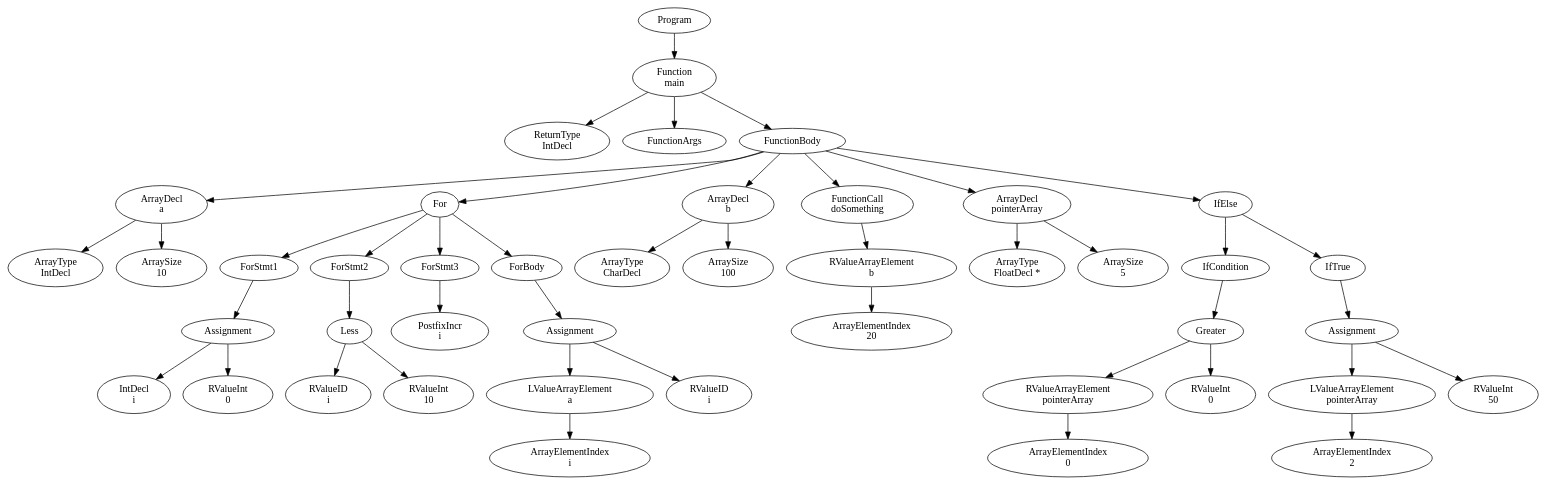
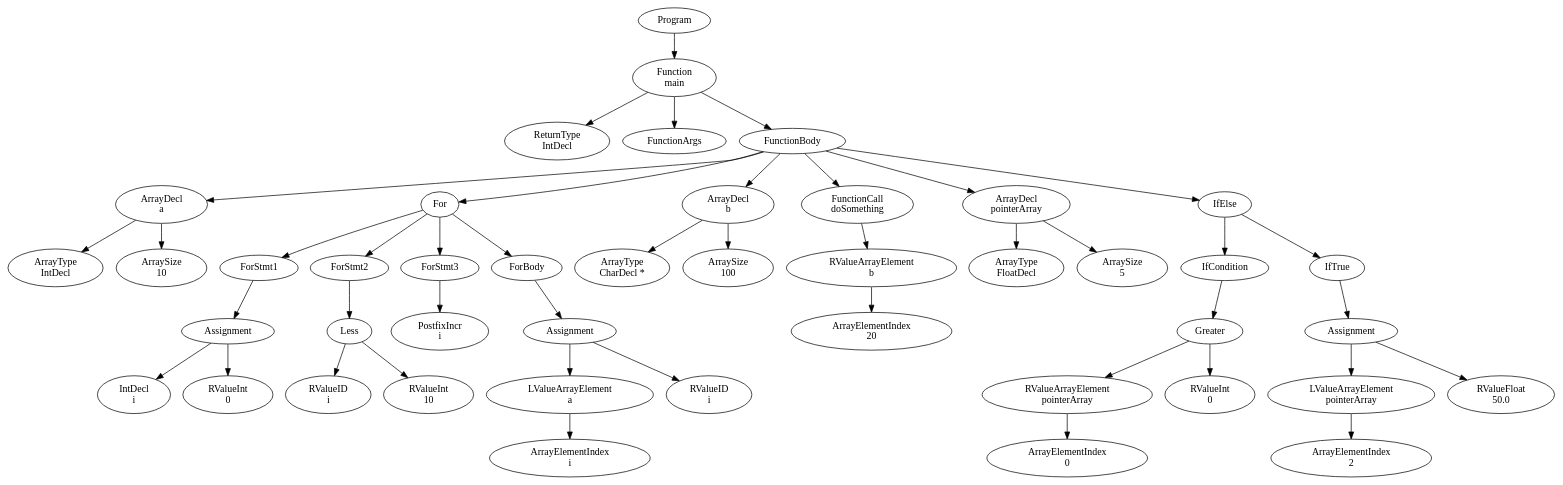
One commit to FedericoQuin/Compilers changed the diagram in official/res/solutions/arrays.dot. Above: the diagram before and after it, drawn with Graphviz. The commit also changed 6 other files, not shown here.

```diff
--- a/official/res/solutions/arrays.dot
+++ b/official/res/solutions/arrays.dot
@@ -1,89 +1,89 @@
 digraph AST {
 1 [label="Program"];
 2 [label="Function \nmain"];
 3 [label="ReturnType \nIntDecl"];
 4 [label="FunctionArgs"];
 5 [label="FunctionBody"];
 6 [label="ArrayDecl \na"];
 7 [label="ArrayType \nIntDecl"];
 8 [label="ArraySize \n10"];
 6 -> 7;
 6 -> 8;
 9 [label="For"];
 10 [label="ForStmt1"];
 11 [label="Assignment"];
 12 [label="IntDecl \ni"];
 13 [label="RValueInt \n0"];
 11 -> 12;
 11 -> 13;
 10 -> 11;
 14 [label="ForStmt2"];
 15 [label="Less"];
 16 [label="RValueID \ni"];
 17 [label="RValueInt \n10"];
 15 -> 16;
 15 -> 17;
 14 -> 15;
 18 [label="ForStmt3"];
 19 [label="PostfixIncr \ni"];
 18 -> 19;
 20 [label="ForBody"];
 21 [label="Assignment"];
 22 [label="LValueArrayElement \na"];
 23 [label="ArrayElementIndex \ni"];
 22 -> 23;
 24 [label="RValueID \ni"];
 21 -> 22;
 21 -> 24;
 20 -> 21;
 9 -> 10;
 9 -> 14;
 9 -> 18;
 9 -> 20;
 25 [label="ArrayDecl \nb"];
-26 [label="ArrayType \nCharDecl"];
+26 [label="ArrayType \nCharDecl *"];
 27 [label="ArraySize \n100"];
 25 -> 26;
 25 -> 27;
 28 [label="FunctionCall \ndoSomething"];
 29 [label="RValueArrayElement \nb"];
 30 [label="ArrayElementIndex \n20"];
 29 -> 30;
 28 -> 29;
 31 [label="ArrayDecl \npointerArray"];
-32 [label="ArrayType \nFloatDecl *"];
+32 [label="ArrayType \nFloatDecl"];
 33 [label="ArraySize \n5"];
 31 -> 32;
 31 -> 33;
 34 [label="IfElse"];
 35 [label="IfCondition"];
 36 [label="Greater"];
 37 [label="RValueArrayElement \npointerArray"];
 38 [label="ArrayElementIndex \n0"];
 37 -> 38;
 39 [label="RValueInt \n0"];
 36 -> 37;
 36 -> 39;
 35 -> 36;
 40 [label="IfTrue"];
 41 [label="Assignment"];
 42 [label="LValueArrayElement \npointerArray"];
 43 [label="ArrayElementIndex \n2"];
 42 -> 43;
-44 [label="RValueInt \n50"];
+44 [label="RValueFloat \n50.0"];
 41 -> 42;
 41 -> 44;
 40 -> 41;
 34 -> 35;
 34 -> 40;
 5 -> 6;
 5 -> 9;
 5 -> 25;
 5 -> 28;
 5 -> 31;
 5 -> 34;
 2 -> 3;
 2 -> 4;
 2 -> 5;
 1 -> 2;
 }
```
